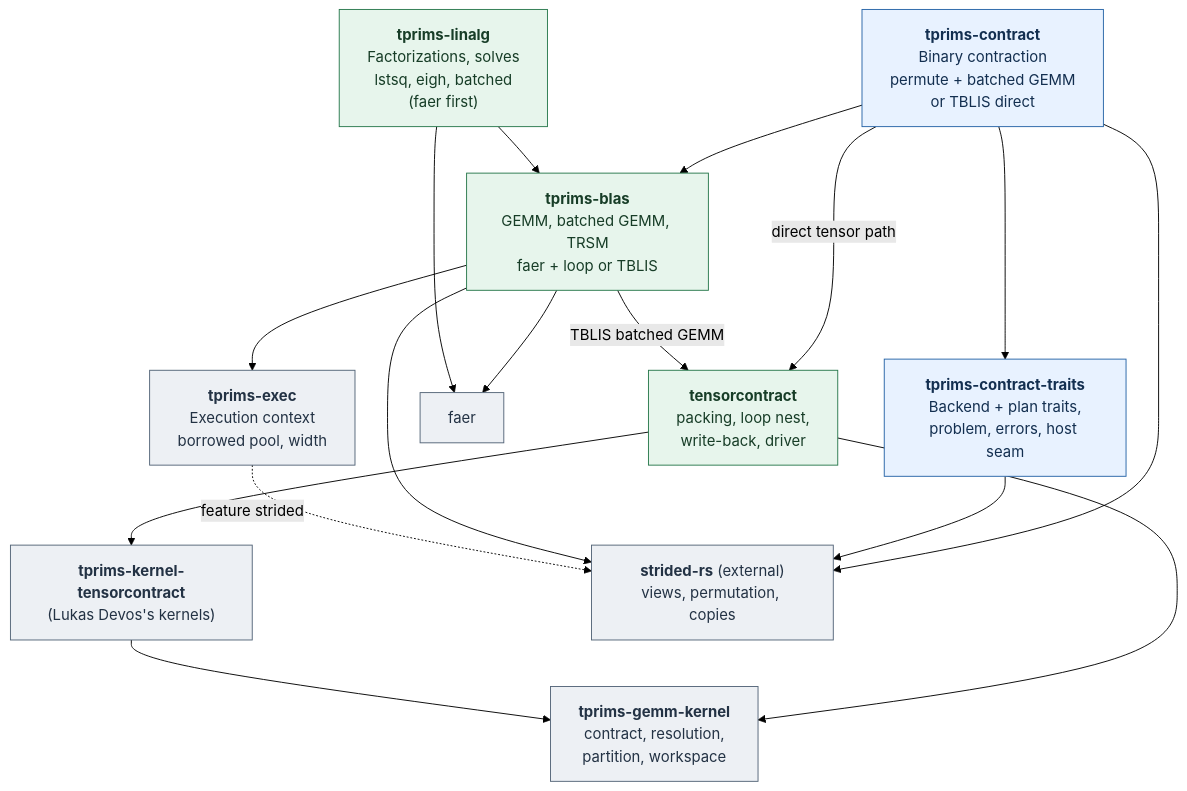
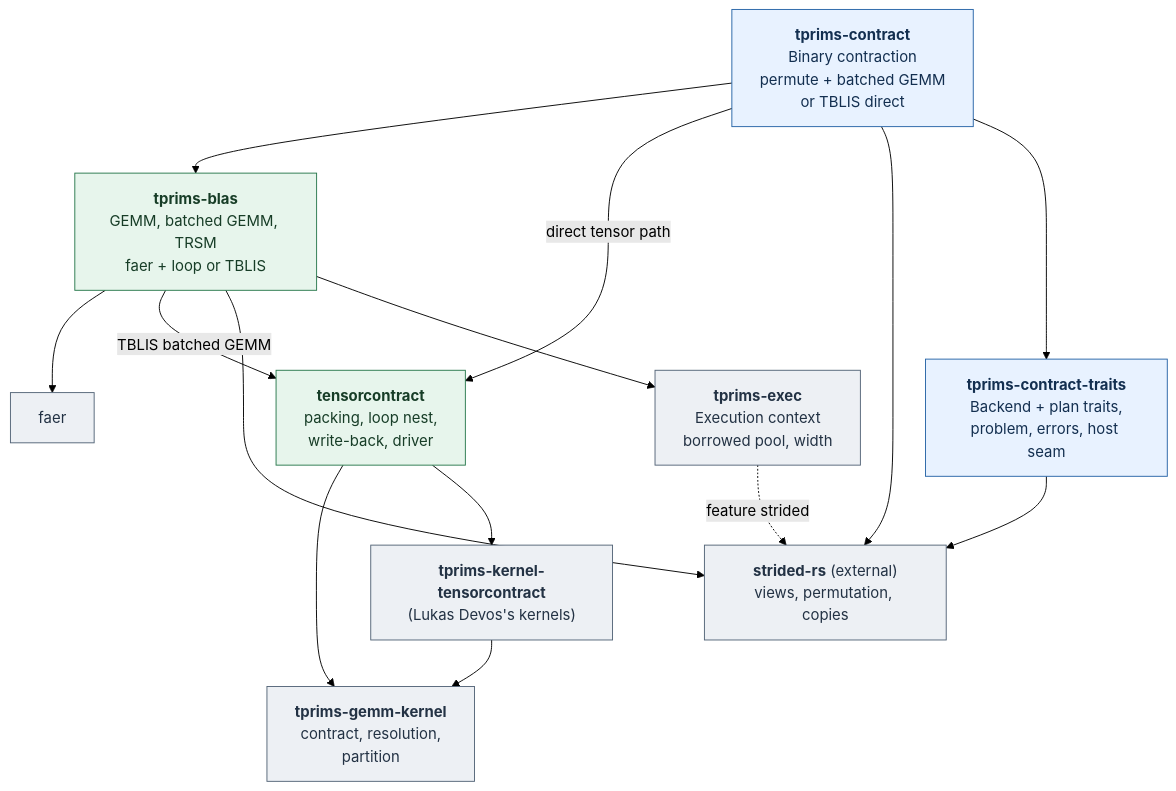
The first of 2 diagrams in README.md (shinaoka/tensoralgebra-rs), drawn with Mermaid (forest theme) before and after one commit. The commit also changed other lines of this file and 14 other files, not shown here.

````diff
--- a/README.md
+++ b/README.md
@@ -39,35 +37,32 @@
 ```mermaid
 flowchart TB
     CT["<b>tprims-contract</b><br/>Binary contraction<br/>permute + batched GEMM<br/>or TBLIS direct"]
-    LA["<b>tprims-linalg</b><br/>Factorizations, solves<br/>lstsq, eigh, batched<br/>(faer first)"]
     BL["<b>tprims-blas</b><br/>GEMM, batched GEMM, TRSM<br/>faer + loop or TBLIS"]
     TC["<b>tensorcontract</b><br/>packing, loop nest,<br/>write-back, driver"]
-    GK["<b>tprims-gemm-kernel</b><br/>contract, resolution,<br/>partition, workspace"]
+    GK["<b>tprims-gemm-kernel</b><br/>contract, resolution,<br/>partition"]
     KT["<b>tprims-kernel-tensorcontract</b><br/>(Lukas Devos's kernels)"]
     TR["<b>tprims-contract-traits</b><br/>Backend + plan traits,<br/>problem, errors, host seam"]
     FA["faer"]
     ST["<b>strided-rs</b> (external)<br/>views, permutation, copies"]
     EX["<b>tprims-exec</b><br/>Execution context<br/>borrowed pool, width"]
     CT --> BL
-    LA --> BL
     BL --> FA
-    LA --> FA
     CT -->|"direct tensor path"| TC
     BL -->|"TBLIS batched GEMM"| TC
     TC --> GK
     TC --> KT
     KT --> GK
     CT --> ST
     CT --> TR
     TR --> ST
     BL --> ST
     BL --> EX
     EX -.->|"feature strided"| ST
     classDef tensor fill:#e8f2ff,stroke:#2563a6,color:#132f50
     classDef matrix fill:#e7f5ec,stroke:#28784c,color:#173d27
     classDef base fill:#edf0f4,stroke:#536477,color:#233244
     class CT,TR tensor
-    class LA,BL,TC matrix
+    class BL,TC matrix
     class GK,KT base
     class FA,ST,EX base
 ```
````
